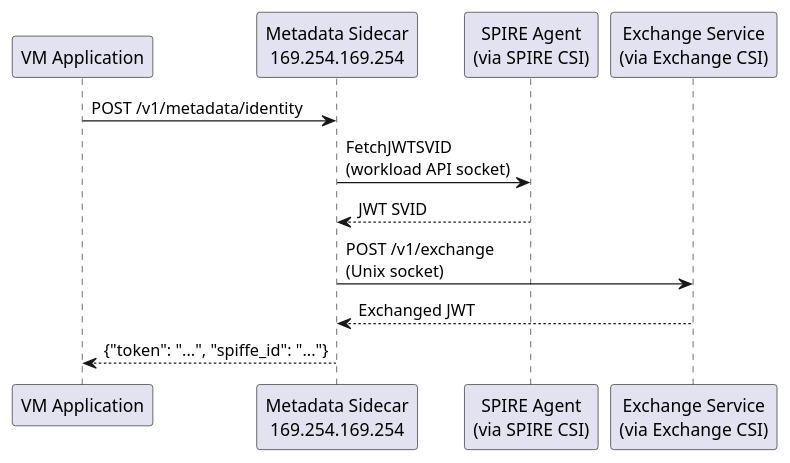
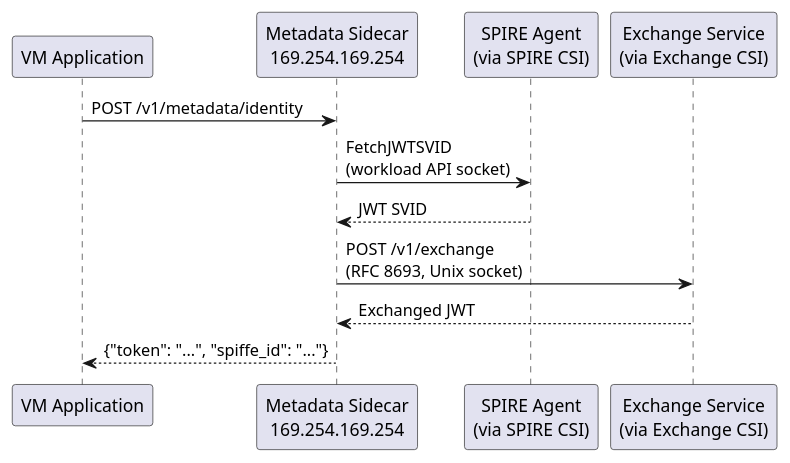
Before and after one commit to dsx-ai-factory/nvidia-workload-identity: the fourth of 5 diagrams in README.md, drawn with PlantUML. The commit also changed other lines of this file and 5 other files, not shown here.

First line of the commit message:
fix: exchange rfc 8693 compliant

````diff
--- a/README.md
+++ b/README.md
@@ -277,15 +277,15 @@
 ```plantuml
 @startuml
 participant "VM Application" as App
 participant "Metadata Sidecar\n169.254.169.254" as Meta
 participant "SPIRE Agent\n(via SPIRE CSI)" as Agent
 participant "Exchange Service\n(via Exchange CSI)" as Exchange
 
 App -> Meta : POST /v1/metadata/identity
 Meta -> Agent : FetchJWTSVID\n(workload API socket)
 Agent --> Meta : JWT SVID
-Meta -> Exchange : POST /v1/exchange\n(Unix socket)
+Meta -> Exchange : POST /v1/exchange\n(RFC 8693, Unix socket)
 Exchange --> Meta : Exchanged JWT
 Meta --> App : {"token": "...", "spiffe_id": "..."}
 @enduml
 ```
````
